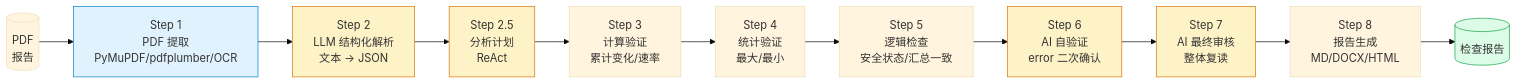
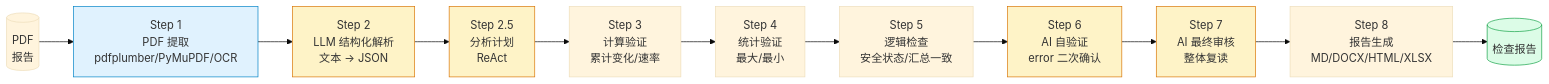
The second of 4 diagrams in README.md (gaaiyun/building-deformation-checker), drawn with Mermaid (base theme) before and after one commit. The commit also changed other lines of this file and 20 other files, not shown here.

````diff
--- a/README.md
+++ b/README.md
@@ -102,20 +102,20 @@
 ```mermaid
 flowchart LR
     PDF[("PDF<br/>报告")] --> S1
-    S1["Step 1<br/>PDF 提取<br/>PyMuPDF/pdfplumber/OCR"] --> S2
+    S1["Step 1<br/>PDF 提取<br/>pdfplumber/PyMuPDF/OCR"] --> S2
     S2["Step 2<br/>LLM 结构化解析<br/>文本 → JSON"] --> S25
     S25["Step 2.5<br/>分析计划<br/>ReAct"] --> S3
     S3["Step 3<br/>计算验证<br/>累计变化/速率"] --> S4
     S4["Step 4<br/>统计验证<br/>最大/最小"] --> S5
     S5["Step 5<br/>逻辑检查<br/>安全状态/汇总一致"] --> S6
     S6["Step 6<br/>AI 自验证<br/>error 二次确认"] --> S7
     S7["Step 7<br/>AI 最终审核<br/>整体复读"] --> S8
-    S8["Step 8<br/>报告生成<br/>MD/DOCX/HTML"] --> OUT[("检查报告")]
+    S8["Step 8<br/>报告生成<br/>MD/DOCX/HTML/XLSX"] --> OUT[("检查报告")]
 
     style S1 fill:#e0f2fe,stroke:#0284c7
     style S2 fill:#fef3c7,stroke:#d97706
     style S25 fill:#fef3c7,stroke:#d97706
     style S6 fill:#fef3c7,stroke:#d97706
     style S7 fill:#fef3c7,stroke:#d97706
     style OUT fill:#dcfce7,stroke:#16a34a
 ```
````
